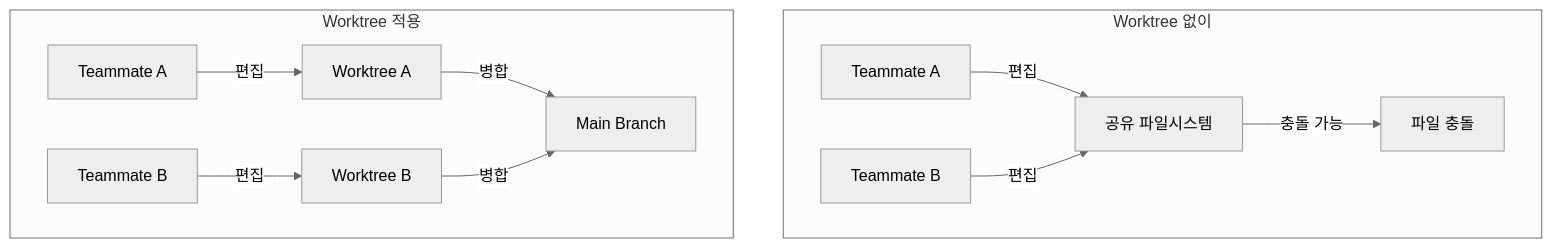
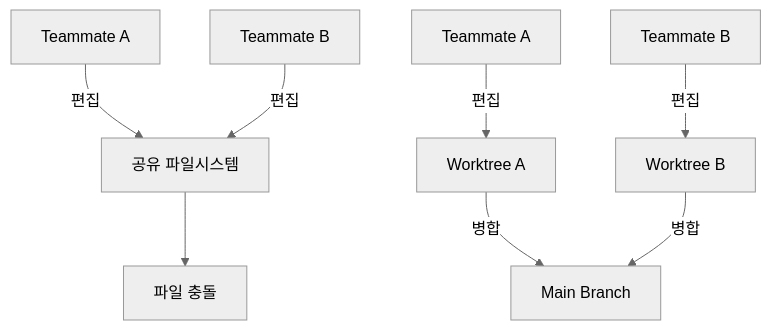
One commit to ice-ice-bear/ice-ice-bear.github.io changed the fourth of 4 diagrams in content/posts/2026-03-03-claude-code-agent-teams.md. Above: the diagram before and after it, drawn with Mermaid (neutral theme). The commit also changed other lines of this file and 1 other file, not shown here.

First line of the commit message:
Simplify mermaid diagrams to fix rendering

````diff
--- a/content/posts/2026-03-03-claude-code-agent-teams.md
+++ b/content/posts/2026-03-03-claude-code-agent-teams.md
@@ -138,15 +130,10 @@
 ```mermaid
 graph TD
-    subgraph "Worktree 없이"
-        TA1[Teammate A] -->|편집| FS[공유 파일시스템]
-        TA2[Teammate B] -->|편집| FS
-        FS -->|충돌 가능| CONFLICT[파일 충돌]
-    end
-
-    subgraph "Worktree 적용"
-        TB1[Teammate A] -->|편집| WT1[Worktree A]
-        TB2[Teammate B] -->|편집| WT2[Worktree B]
-        WT1 -->|병합| MAIN[Main Branch]
-        WT2 -->|병합| MAIN
-    end
+    A[Teammate A] -->|편집| FS[공유 파일시스템]
+    B[Teammate B] -->|편집| FS
+    FS --> CONFLICT[파일 충돌]
+    C[Teammate A] -->|편집| WT1[Worktree A]
+    D[Teammate B] -->|편집| WT2[Worktree B]
+    WT1 -->|병합| MAIN[Main Branch]
+    WT2 -->|병합| MAIN
 ```
````
